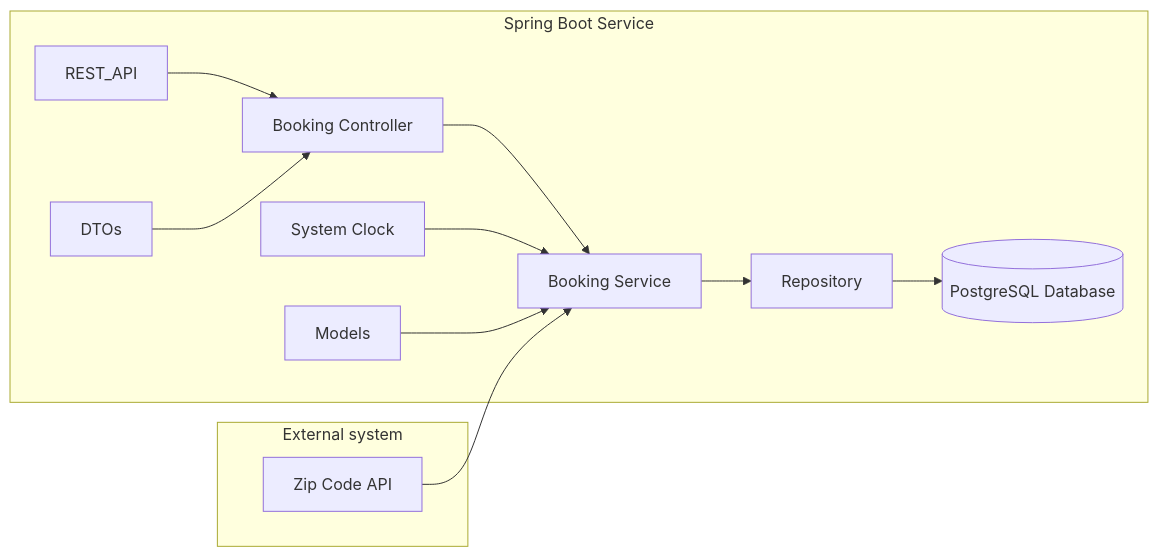
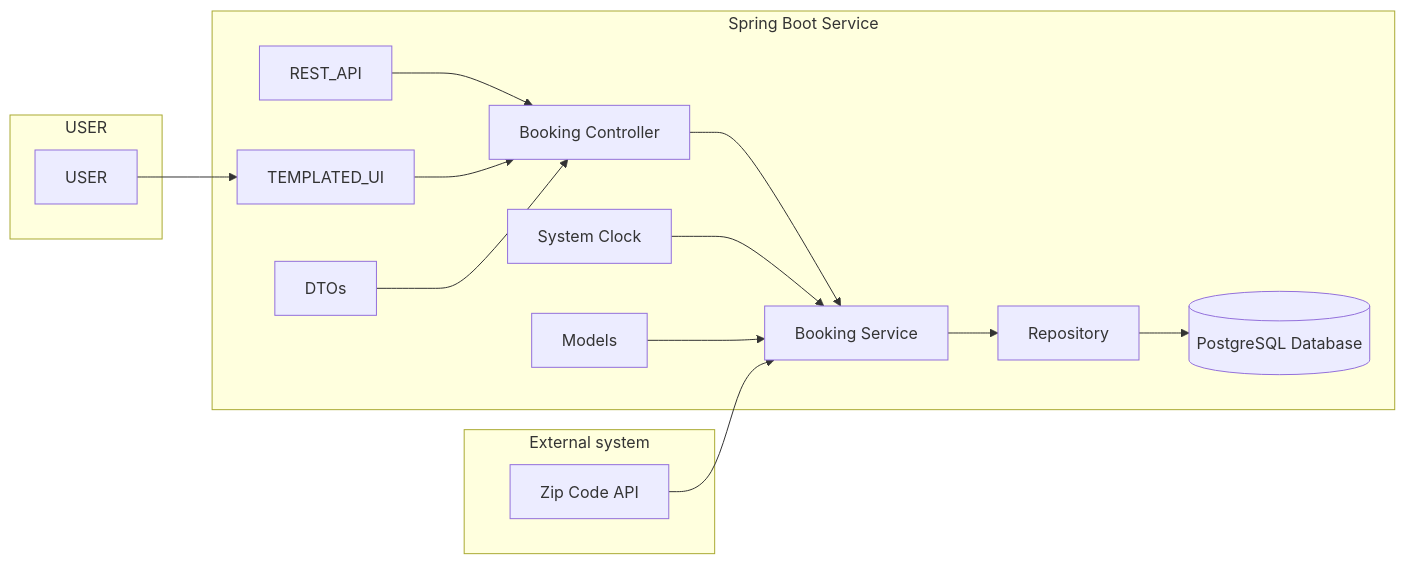
Before and after one commit to RomainChamb/bike-reservation-system: the diagram in README.md, drawn with Mermaid.

Commit message:
Update Architecture Diagramm in README.md

````diff
--- a/README.md
+++ b/README.md
@@ -38,16 +38,21 @@
 ```mermaid
 graph LR
     subgraph "External system" 
         K[Zip Code API]
     end
+    subgraph "USER"
+        M[USER]
+    end
     subgraph "Spring Boot Service"
         REST_API --> D[Booking Controller]
+        L[TEMPLATED_UI] --> D
         E[DTOs] --> D
         D --> F[Booking Service]
         J[System Clock] --> F
         G[Models] --> F
         F --> H[Repository]
         H --> I[(PostgreSQL Database)]
     end
     K --> F
+    M --> L
 ```
````
